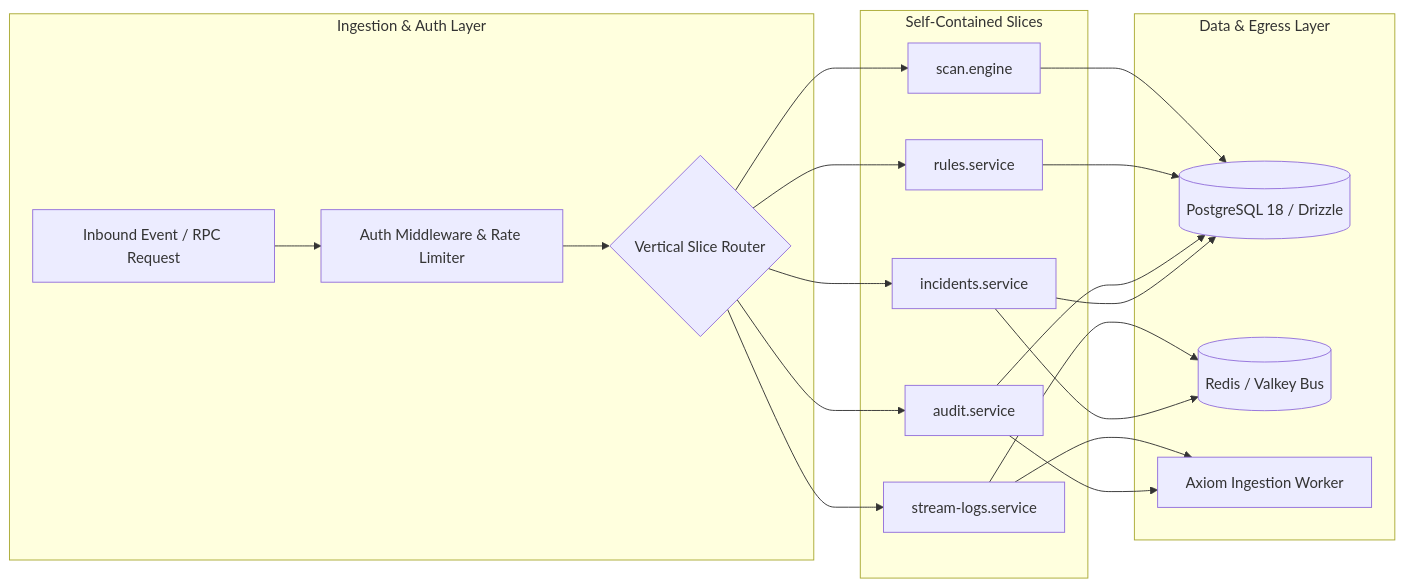
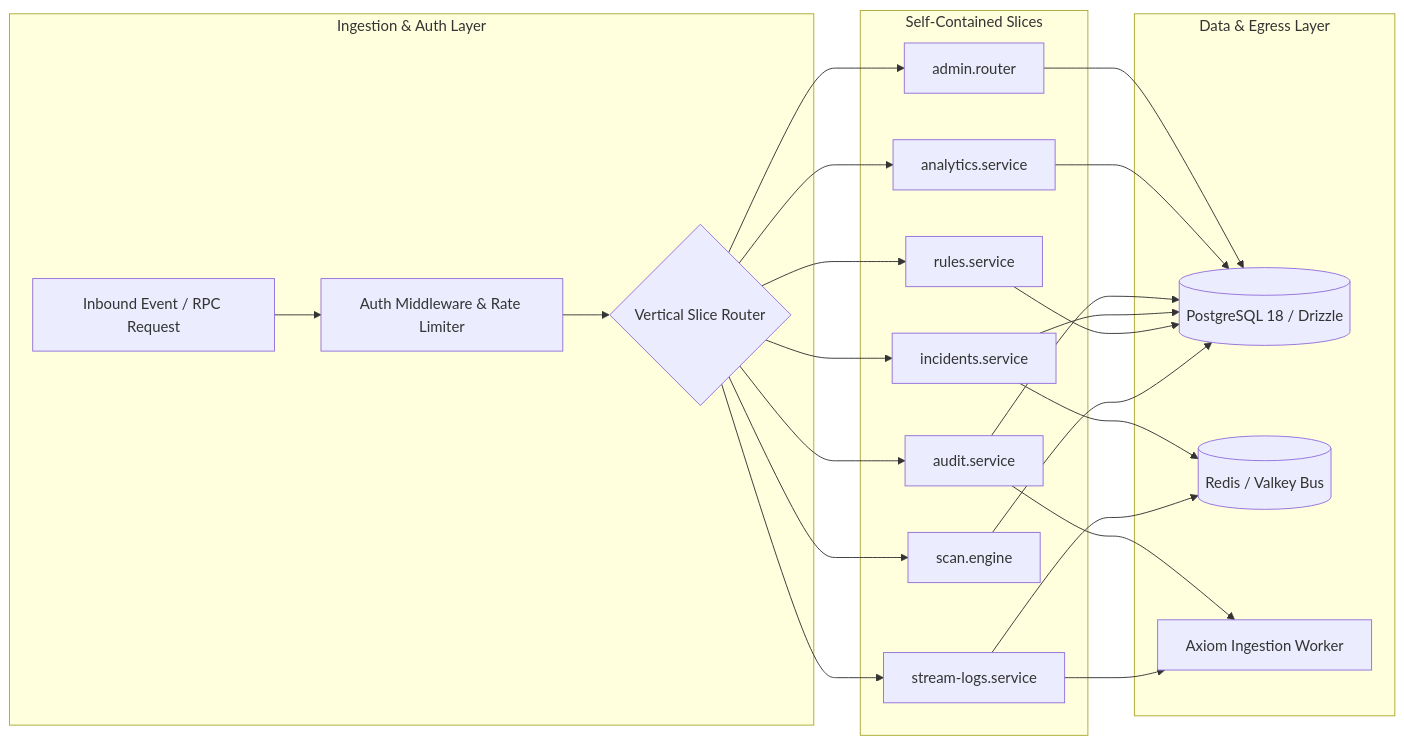
Before and after one commit to doxynix/doxynix: the diagram in apps/siem-server/README.md, drawn with Mermaid. The commit also changed other lines of this file and 57 other files, not shown here.

````diff
--- a/apps/siem-server/README.md
+++ b/apps/siem-server/README.md
@@ -36,21 +36,23 @@
 ```mermaid
 flowchart LR
     subgraph Ingestion [" Ingestion & Auth Layer "]
         REQ[Inbound Event / RPC Request] --> MW[Auth Middleware & Rate Limiter]
         MW --> ROUTER{Vertical Slice Router}
     end
 
     subgraph Slices [" Self-Contained Slices "]
-        ROUTER --> S1[incidents.service]
-        ROUTER --> S2[audit.service]
-        ROUTER --> S3[rules.service]
-        ROUTER --> S4[scan.engine]
-        ROUTER --> S5[stream-logs.service]
+        ROUTER --> S1[admin.router]
+        ROUTER --> S2[analytics.service]
+        ROUTER --> S3[audit.service]
+        ROUTER --> S4[incidents.service]
+        ROUTER --> S5[rules.service]
+        ROUTER --> S6[scan.engine]
+        ROUTER --> S7[stream-logs.service]
     end
 
     subgraph Data [" Data & Egress Layer "]
-        S1 & S2 & S3 & S4 --> DB[(PostgreSQL 18 / Drizzle)]
-        S1 & S5 --> BUS[(Redis / Valkey Bus)]
-        S2 & S5 --> AXIOM[Axiom Ingestion Worker]
+        S1 & S2 & S3 & S4 & S5 & S6 --> DB[(PostgreSQL 18 / Drizzle)]
+        S4 & S7 --> BUS[(Redis / Valkey Bus)]
+        S3 & S7 --> AXIOM[Axiom Ingestion Worker]
     end
 ```
````
